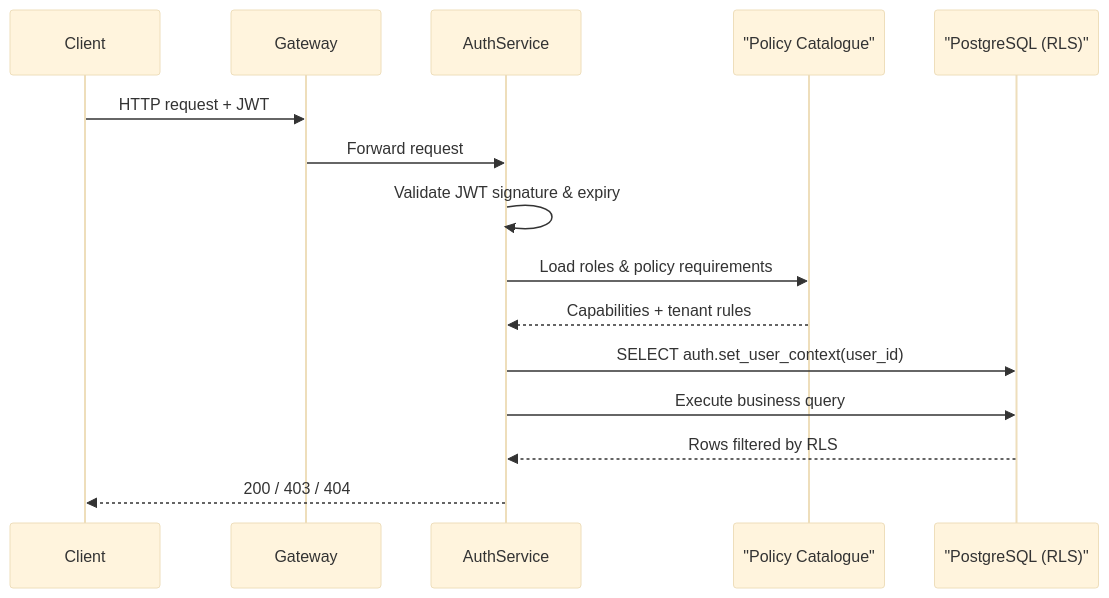
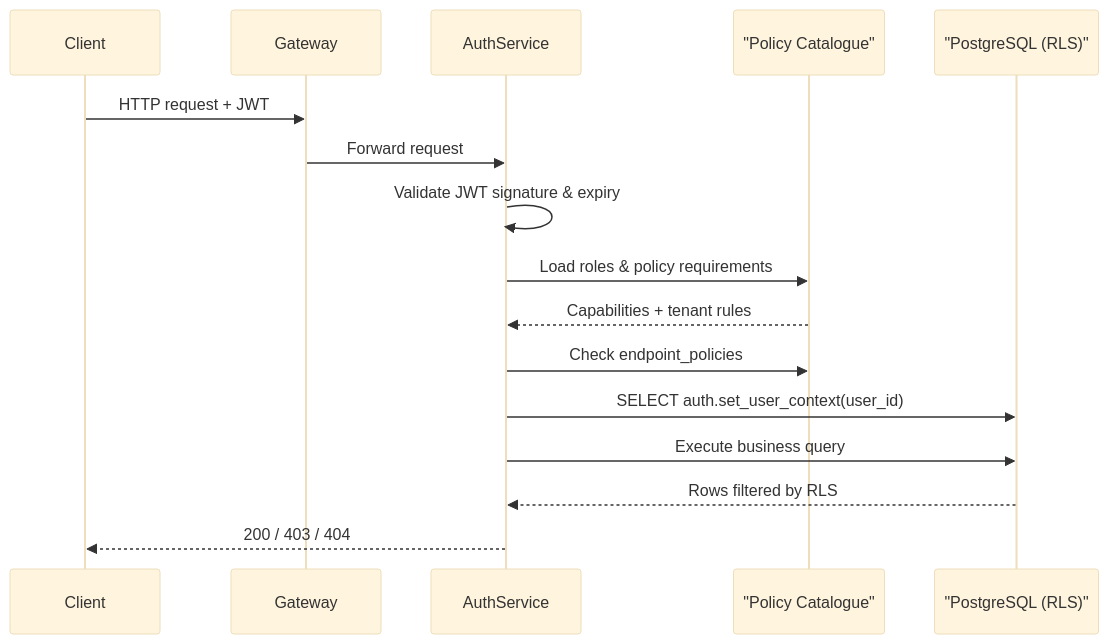
Before and after one commit to LaborManagement/auth-service: the second of 2 diagrams in docs/architecture/overview.md, drawn with Mermaid (base theme). The commit also changed other lines of this file and 5 other files, not shown here.

`````diff
--- a/docs/architecture/overview.md
+++ b/docs/architecture/overview.md
@@ -61,18 +82,19 @@
 ```mermaid
 sequenceDiagram
     participant Client
     participant Gateway
     participant AuthService
     participant PolicyDb as "Policy Catalogue"
     participant DataDb as "PostgreSQL (RLS)"
 
     Client->>Gateway: HTTP request + JWT
     Gateway->>AuthService: Forward request
     AuthService->>AuthService: Validate JWT signature & expiry
     AuthService->>PolicyDb: Load roles & policy requirements
     PolicyDb-->>AuthService: Capabilities + tenant rules
+    AuthService->>PolicyDb: Check endpoint_policies
     AuthService->>DataDb: SELECT auth.set_user_context(user_id)
     AuthService->>DataDb: Execute business query
     DataDb-->>AuthService: Rows filtered by RLS
     AuthService-->>Client: 200 / 403 / 404
-```
+````
`````
